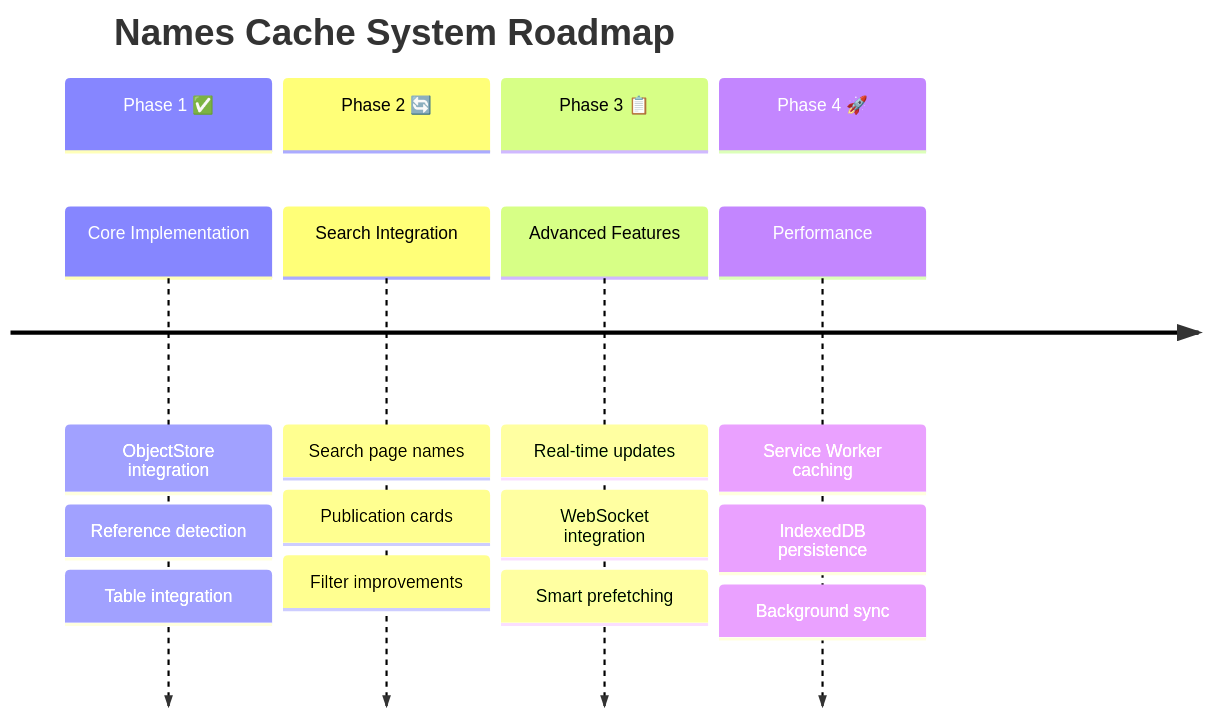
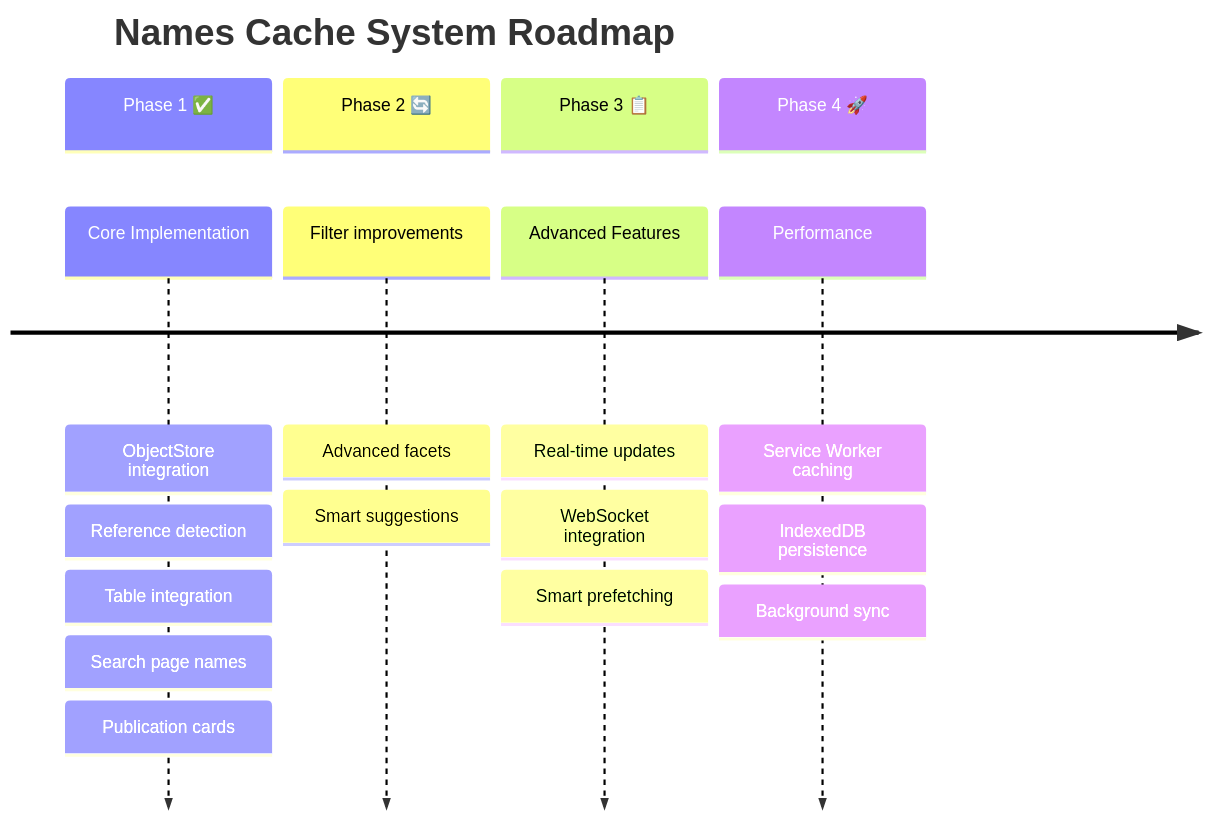
One commit to ConductionNL/tilburg-woo-ui changed diagram 20 of 20 in docs/NAMES-CACHE-SYSTEM.md. Above: the diagram before and after it, drawn with Mermaid. The commit also changed other lines of this file and 1 other file, not shown here.

Commit message:
Save names from search quries to the object store

````diff
--- a/docs/NAMES-CACHE-SYSTEM.md
+++ b/docs/NAMES-CACHE-SYSTEM.md
@@ -655,24 +686,25 @@
 ```mermaid
 timeline
     title Names Cache System Roadmap
     
     section Phase 1 ✅
         Core Implementation    : ObjectStore integration
                               : Reference detection
                               : Table integration
+                              : Search page names
+                              : Publication cards
     
     section Phase 2 🔄
-        Search Integration     : Search page names
-                              : Publication cards
-                              : Filter improvements
+        Filter improvements    : Advanced facets
+                              : Smart suggestions
     
     section Phase 3 📋
         Advanced Features      : Real-time updates
                               : WebSocket integration
                               : Smart prefetching
     
     section Phase 4 🚀
         Performance           : Service Worker caching
                              : IndexedDB persistence
                              : Background sync
 ```
````
